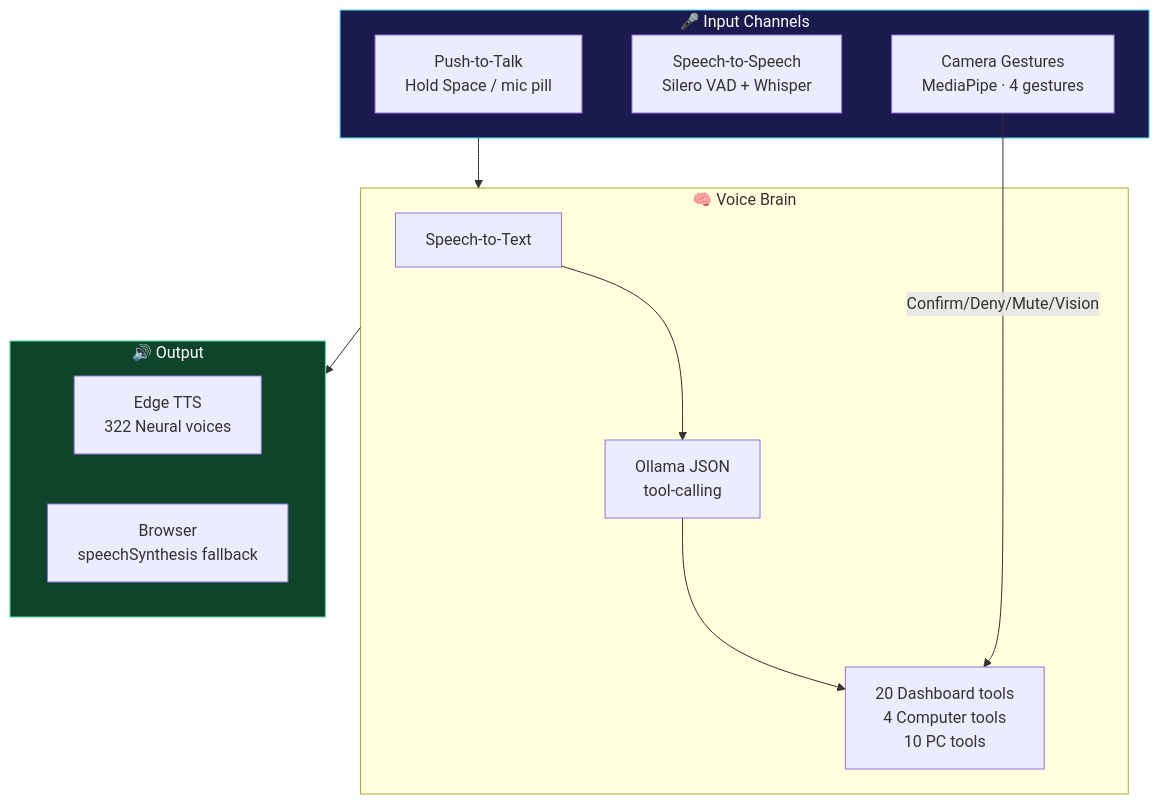
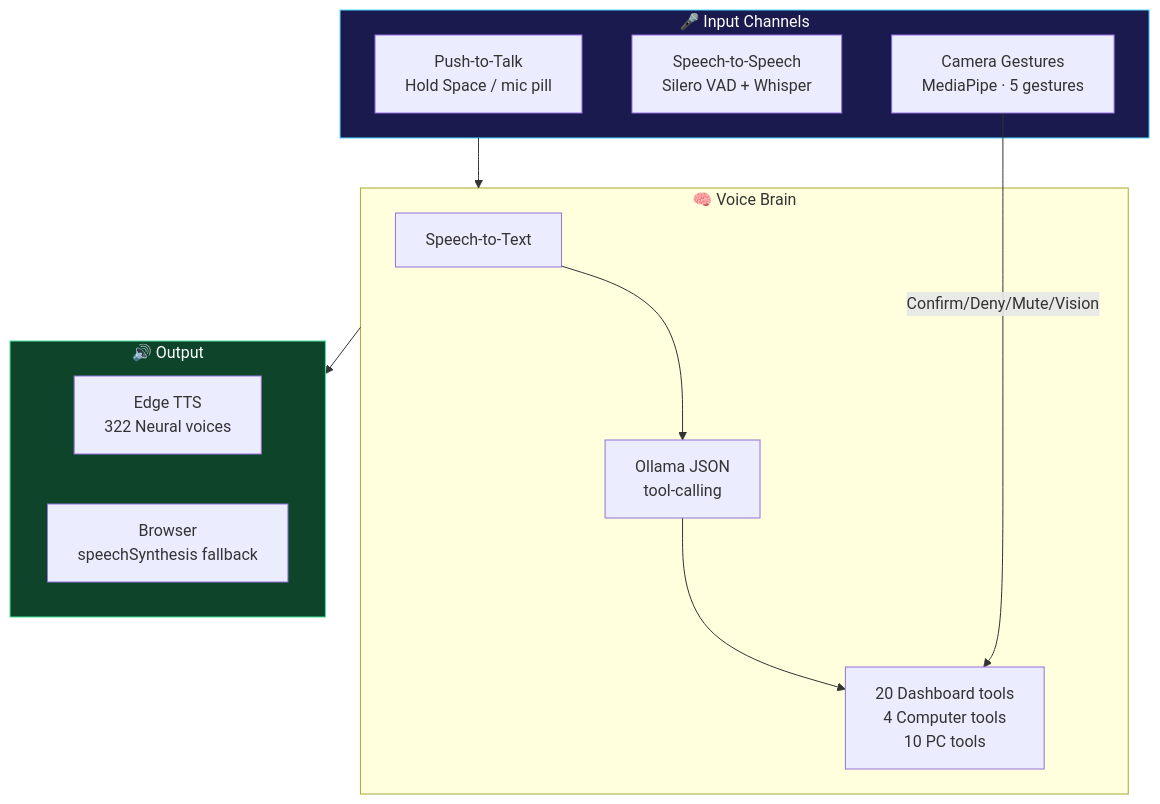
Before and after one commit to HailLucifer666/Agent_OS: the eighth of 11 diagrams in README.md, drawn with Mermaid. The commit also changed other lines of this file and 11 other files, not shown here.

````diff
--- a/README.md
+++ b/README.md
@@ -349,24 +349,24 @@
 ```mermaid
 flowchart TB
     subgraph Input["🎤 Input Channels"]
         PTT["Push-to-Talk<br/>Hold Space / mic pill"]
         S2S["Speech-to-Speech<br/>Silero VAD + Whisper"]
-        CAM["Camera Gestures<br/>MediaPipe · 4 gestures"]
+        CAM["Camera Gestures<br/>MediaPipe · 5 gestures"]
     end
 
     subgraph Brain["🧠 Voice Brain"]
         STT["Speech-to-Text"] --> INT["Ollama JSON<br/>tool-calling"]
         INT --> TOOLS["20 Dashboard tools<br/>4 Computer tools<br/>10 PC tools"]
     end
 
     subgraph Output["🔊 Output"]
         TTS["Edge TTS<br/>322 Neural voices"]
         SYNTH["Browser<br/>speechSynthesis fallback"]
     end
 
     Input --> Brain --> Output
     CAM -->|"Confirm/Deny/Mute/Vision"| TOOLS
 
     style Input fill:#1a1a4e,stroke:#4fd8ff,color:#fff
     style Output fill:#0e4429,stroke:#43e5a0,color:#fff
 ```
````
